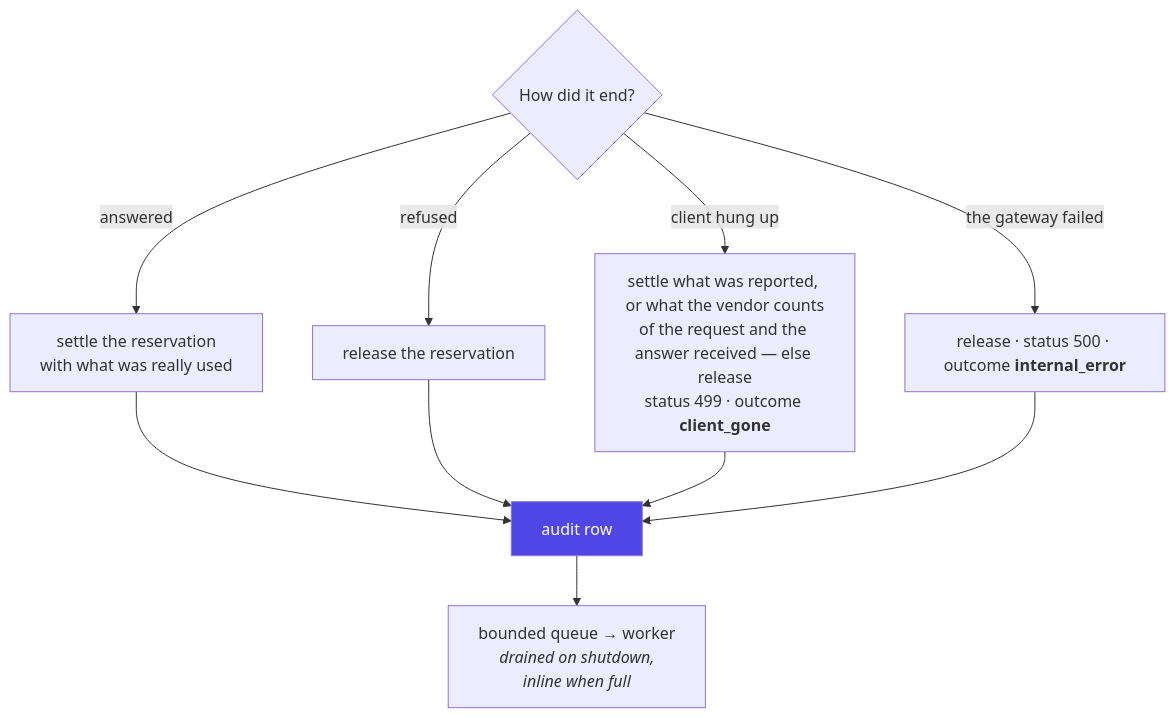
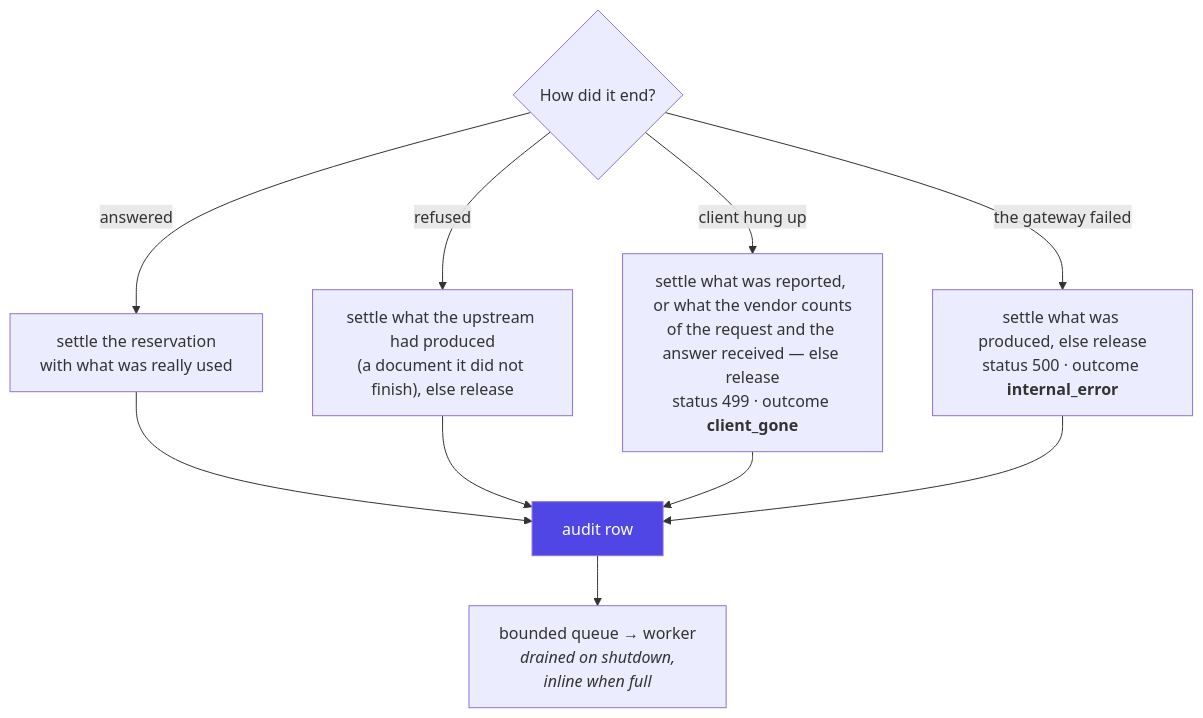
Before and after one commit to InigoImago/AIRA-Gateway: the fifth of 6 diagrams in docs/REQUEST-LIFECYCLE.md, drawn with Mermaid. The commit also changed other lines of this file and 179 other files, not shown here.

````diff
--- a/docs/REQUEST-LIFECYCLE.md
+++ b/docs/REQUEST-LIFECYCLE.md
@@ -370,15 +479,15 @@
 ```mermaid
 graph TB
     exit{"How did it end?"}
     exit -->|"answered"| settle["settle the reservation<br/>with what was really used"]
-    exit -->|"refused"| release["release the reservation"]
+    exit -->|"refused"| refused["settle what the upstream had produced<br/>(a document it did not finish), else release"]
     exit -->|"client hung up"| cancel["settle what was reported, or what the vendor counts<br/>of the request and the answer received — else release<br/>status 499 · outcome <b>client_gone</b>"]
-    exit -->|"the gateway failed"| fail["release · status 500 · outcome <b>internal_error</b>"]
+    exit -->|"the gateway failed"| fail["settle what was produced, else release<br/>status 500 · outcome <b>internal_error</b>"]
     settle --> row["audit row"]
-    release --> row
+    refused --> row
     cancel --> row
     fail --> row
     row --> queue["bounded queue → worker<br/><i>drained on shutdown,<br/>inline when full</i>"]
 
     style row fill:#4f46e5,color:#fff
 ```
````
